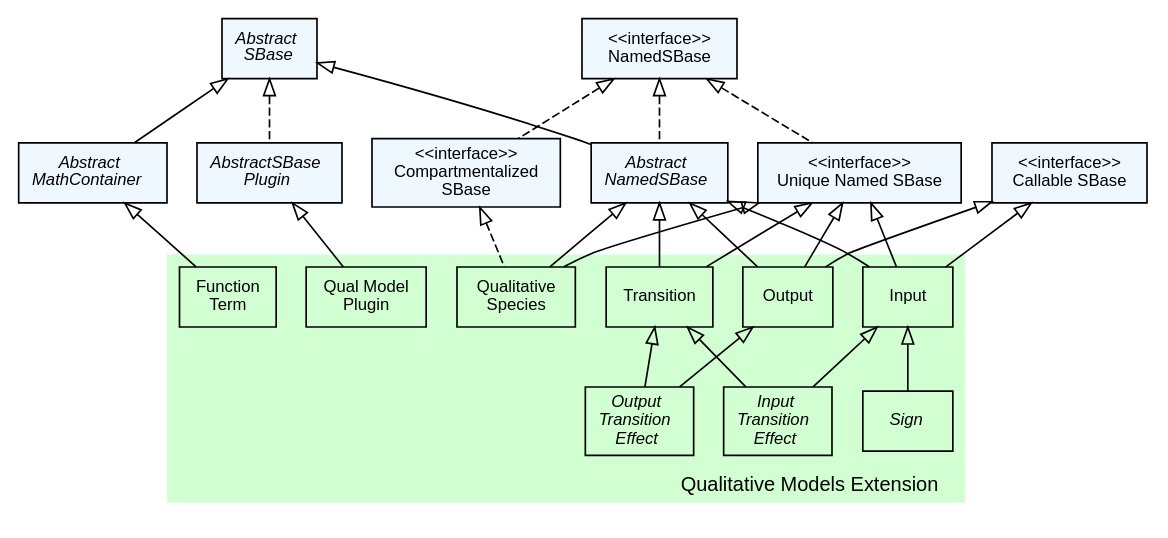
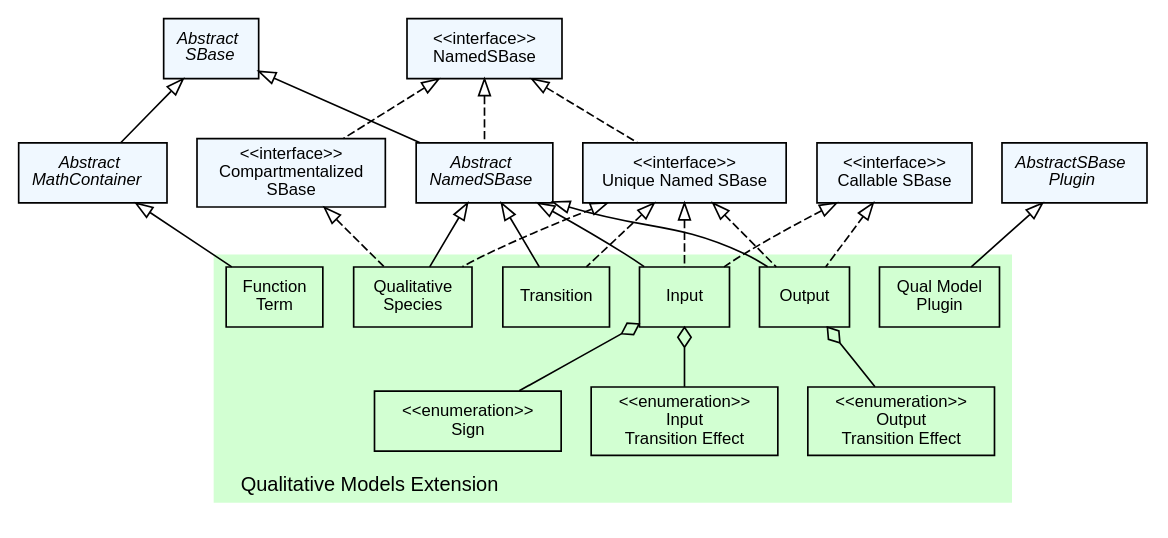
One commit to sbmlteam/jsbml changed the diagram in extensions/qual/doc/img/type_hierarchy.dot. Above: the diagram before and after it, drawn with Graphviz. The commit also changed other lines of this file and 28 other files, not shown here.

Commit message:
Improved and corrected several type hierarchy graphs and also fixed a few compile warnings in the multi package. The type hierarchy graph for multi has also been created now.

```diff
--- a/extensions/qual/doc/img/type_hierarchy.dot
+++ b/extensions/qual/doc/img/type_hierarchy.dot
@@ -1,109 +1,105 @@
 #!/usr/local/bin/dot
 #
 # dot -Tpdf type_hierarchy.dot -otype_hierarchy.pdf && acroread type_hierarchy.pdf &
 # dot -Tpng type_hierarchy.dot -otype_hierarchy.png
 #
 # $Id$
 # $URL$
 # $Rev$
 
 strict digraph G{
 
 	nodesep=0.25;
 	ranksep=0.5;
 
 	edge [
 	  fontname="Helvetica",
 	  fontsize=10,
 	  labelfontname="Helvetica",
 	  labelfontsize=10
 	];
 	node [
 	  fontname="Helvetica",
 	  fontsize=10,
 	  shape=box
 	];
   /*
    * Abstract data types
    */
-  AbstractMathContainer                      [label=<<font><I>Abstract<br/>MathContainer</I></font>>, style="filled", fillcolor="#F0F8FF"];
-  AbstractNamedSBase                         [label=<<font><I>Abstract<br/>NamedSBase</I></font>>, style="filled", fillcolor="#F0F8FF"];
-  AbstractSBase                              [label=<<font><I>Abstract<br/>SBase</I></font>>, style="filled", fillcolor="#F0F8FF"];
-  AbstractSBasePlugin                        [label=<<font><I>AbstractSBase<br/>Plugin</I></font>>, style="filled", fillcolor="#F0F8FF"];
+  AbstractMathContainer                  [label=<<font><I>Abstract<br/>MathContainer</I></font>>, style="filled", fillcolor="#F0F8FF"];
+  AbstractNamedSBase                     [label=<<font><I>Abstract<br/>NamedSBase</I></font>>, style="filled", fillcolor="#F0F8FF"];
+  AbstractSBase                          [label=<<font><I>Abstract<br/>SBase</I></font>>, style="filled", fillcolor="#F0F8FF"];
+  AbstractSBasePlugin                    [label=<<font><I>AbstractSBase<br/>Plugin</I></font>>, style="filled", fillcolor="#F0F8FF"];
 
-	/*
-	 * Interfaces
-	 */
-	
+  /*
+   * Interfaces
+   */	
   UniqueNamedSBase                       [label="<<interface>>\nUnique Named SBase", style="filled", fillcolor="#F0F8FF"];
   CallableSBase                          [label="<<interface>>\nCallable SBase", style="filled", fillcolor="#F0F8FF"];
   CompartmentalizedSBase                 [label="<<interface>>\nCompartmentalized\nSBase", style="filled", fillcolor="#F0F8FF"];
   NamedSBase                             [label="<<interface>>\nNamedSBase", style="filled", fillcolor="#F0F8FF"];
 
   subgraph clusterQual {
     fontname="Helvetica";
     fontsize=12;
     style="filled";
     fillcolor="#d2ffd2"
     color="#ffffff"
     label="Qualitative Models Extension";
     labelloc=b;
-    labeljust=r;
+    labeljust=l;
     
       // Abstract data types
-   	  InputTransitionEffect		          	 [label=<<font face="Helvetica-Oblique">Input<br/>Transition<br/>Effect</font>>];
-   	  OutputTransitionEffect		       	 [label=<<font face="Helvetica-Oblique">Output<br/>Transition<br/>Effect</font>>];
-   	  Sign							       	 [label=<<font face="Helvetica-Oblique">Sign</font>>];
+   	  InputTransitionEffect         [label="<<enumeration>>\nInput\nTransition Effect"];
+   	  OutputTransitionEffect        [label="<<enumeration>>\nOutput\nTransition Effect"];
+   	  Sign                          [label="<<enumeration>>\nSign"];
     
 	  /*
 	   * Objects
 	   */
 	  FunctionTerm                               [label="Function\nTerm"];
 	  Input                                      [label="Input"];
 	  Output                                     [label="Output"];
 	  QualitativeSpecies                         [label="Qualitative\nSpecies"];
 	  QualModelPlugin                            [label="Qual Model\nPlugin"];
 	  Transition                                 [label="Transition"];
       
       /*
-      * inheritance graph
-      */	  
-      Input -> InputTransitionEffect      [dir=back,arrowtail=empty];
-      Transition -> InputTransitionEffect      [dir=back,arrowtail=empty];
-      Output -> OutputTransitionEffect      [dir=back,arrowtail=empty];
-      Transition -> OutputTransitionEffect      [dir=back,arrowtail=empty];      
-      Input -> Sign      [dir=back,arrowtail=empty];      
+       * inheritance graph
+       */	  
+      Input      -> InputTransitionEffect  [dir=back,arrowtail=odiamond];
+      Output     -> OutputTransitionEffect [dir=back,arrowtail=odiamond];
+      Input      -> Sign                   [dir=back,arrowtail=odiamond];      
       
   }
 
   /*
    * inheritance graph
    */
-  AbstractMathContainer -> FunctionTerm          [dir=back,arrowtail=empty];
-  UniqueNamedSBase      -> Input                 [dir=back,arrowtail=empty];
-  CallableSBase         -> Input                 [dir=back,arrowtail=empty];
+  AbstractMathContainer  -> FunctionTerm           [dir=back,arrowtail=empty];
+  UniqueNamedSBase       -> Input                  [dir=back,arrowtail=empty,style=dashed];
+  CallableSBase          -> Input                  [dir=back,arrowtail=empty,style=dashed];
   
-  CompartmentalizedSBase -> QualitativeSpecies    [dir=back,arrowtail=empty,style=dashed];
+  CompartmentalizedSBase -> QualitativeSpecies     [dir=back,arrowtail=empty,style=dashed];
 
-  UniqueNamedSBase      -> Output                [dir=back,arrowtail=empty];
-  CallableSBase         -> Output                [dir=back,arrowtail=empty];
+  UniqueNamedSBase       -> Output                 [dir=back,arrowtail=empty,style=dashed];
+  CallableSBase          -> Output                 [dir=back,arrowtail=empty,style=dashed];
 
-  UniqueNamedSBase      -> QualitativeSpecies    [dir=back,arrowtail=empty];
-  UniqueNamedSBase      -> Transition            [dir=back,arrowtail=empty];
+  UniqueNamedSBase       -> QualitativeSpecies     [dir=back,arrowtail=empty,style=dashed];
+  UniqueNamedSBase       -> Transition             [dir=back,arrowtail=empty,style=dashed];
   
-  AbstractNamedSBase    -> QualitativeSpecies    [dir=back,arrowtail=empty];
-  AbstractNamedSBase    -> Transition            [dir=back,arrowtail=empty];
-  AbstractNamedSBase    -> Input                 [dir=back,arrowtail=empty];
-  AbstractNamedSBase    -> Output                [dir=back,arrowtail=empty];
+  AbstractNamedSBase     -> QualitativeSpecies     [dir=back,arrowtail=empty];
+  AbstractNamedSBase     -> Transition             [dir=back,arrowtail=empty];
+  AbstractNamedSBase     -> Input                  [dir=back,arrowtail=empty];
+  AbstractNamedSBase     -> Output                 [dir=back,arrowtail=empty];
 
-  AbstractSBase         -> AbstractNamedSBase    [dir=back,arrowtail=empty];
-  AbstractSBase         -> AbstractMathContainer [dir=back,arrowtail=empty];
-  AbstractSBase         -> AbstractSBasePlugin   [dir=back,arrowtail=empty,style=dashed];
+  AbstractSBase          -> AbstractNamedSBase     [dir=back,arrowtail=empty];
+  AbstractSBase          -> AbstractMathContainer  [dir=back,arrowtail=empty];
   
-  AbstractSBasePlugin   -> QualModelPlugin       [dir=back,arrowtail=empty];
+  AbstractSBasePlugin    -> QualModelPlugin        [dir=back,arrowtail=empty];
   
-  NamedSBase             -> AbstractNamedSBase        [dir=back,arrowtail=empty,style=dashed];
-  NamedSBase             -> CompartmentalizedSBase    [dir=back,arrowtail=empty,style=dashed];
-  NamedSBase             -> UniqueNamedSBase          [dir=back,arrowtail=empty,style=dashed];
+  NamedSBase             -> AbstractNamedSBase     [dir=back,arrowtail=empty,style=dashed];
+  NamedSBase             -> CompartmentalizedSBase [dir=back,arrowtail=empty,style=dashed];
+  NamedSBase             -> UniqueNamedSBase       [dir=back,arrowtail=empty,style=dashed];
 
 }
```
